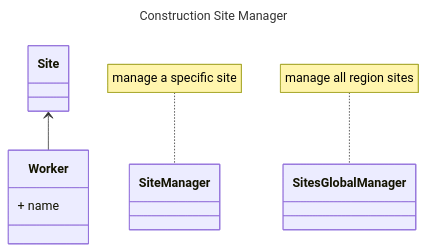
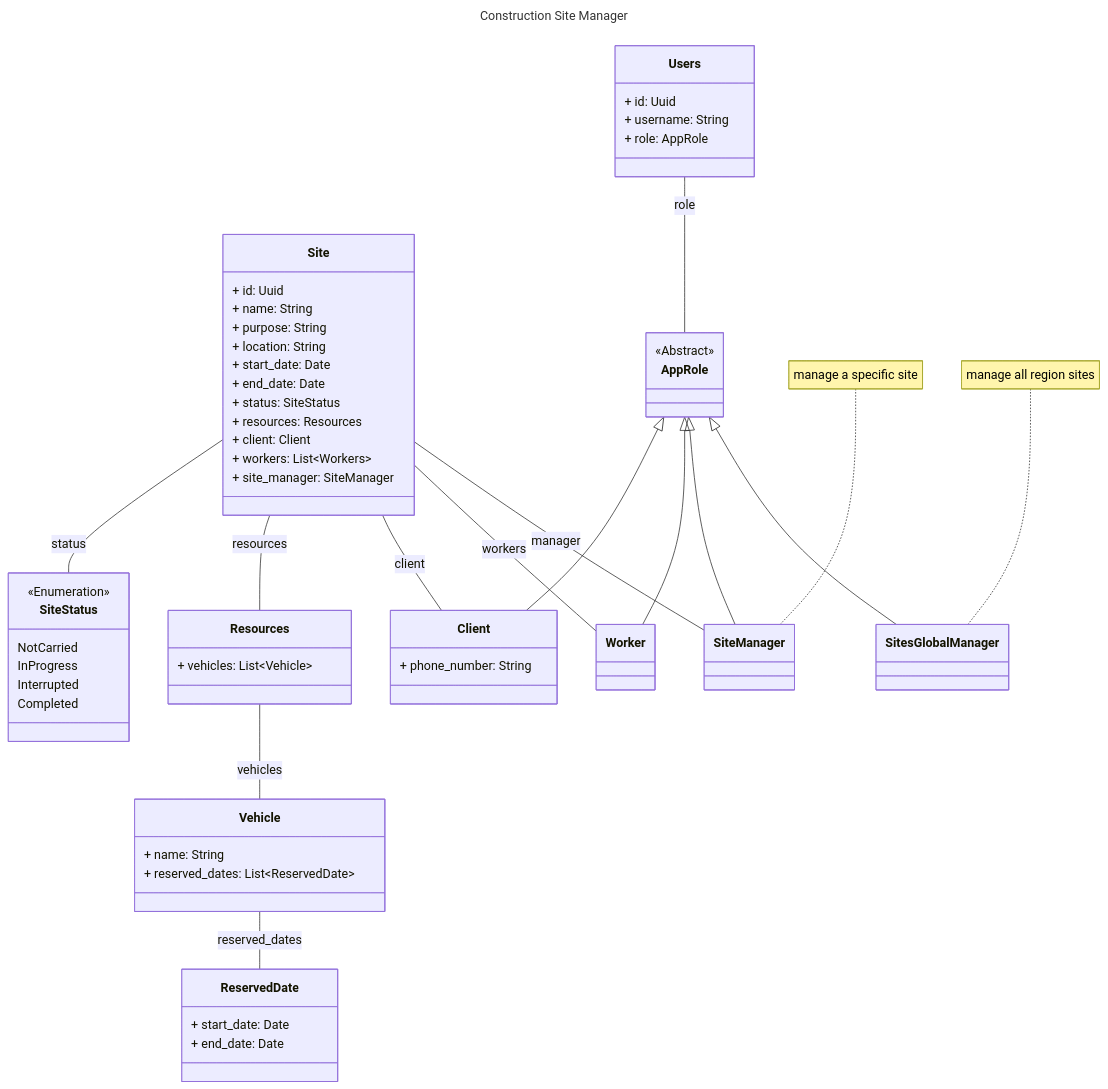
Before and after one commit to Wabtey/mmm_construction_site_manager_back: the diagram in README.md, drawn with Mermaid. The commit also changed other lines of this file and 14 other files, not shown here.

````diff
--- a/README.md
+++ b/README.md
@@ -19,17 +53,84 @@
 ---
 classDiagram
     class Site {
+        + id: Uuid
+        + name: String
+        + purpose: String
+        + location: String
+        + start_date: Date
+        + end_date: Date
+        + status: SiteStatus
+        + resources: Resources
+        + client: Client
+        + workers: List~Workers~
+        + site_manager: SiteManager
     }
     
-    Site <-- Worker
+    Site -- SiteStatus : status
+    Site -- Resources : resources
+    Site -- Client : client
+    Site -- Worker : workers
+    Site -- SiteManager : manager
+
+    %% --------------------------- Site Attributes --------------------------- %%
+
+    class SiteStatus {
+        <<Enumeration>>
+        NotCarried
+        InProgress
+        Interrupted
+        Completed
+    }
+
+    class Resources {
+        + vehicles: List~Vehicle~
+    }
+
+    Resources -- Vehicle : vehicles
+
+    class Vehicle {
+        + name: String
+        + reserved_dates: List~ReservedDate~
+    }
+
+    class ReservedDate {
+        + start_date: Date
+        + end_date: Date
+    }
+    
+    Vehicle -- ReservedDate : reserved_dates
+
+    %% -------------------------------- Roles -------------------------------- %%
+
+    class AppRole {
+        <<Abstract>>
+    }
+
+    class Users {
+        + id: Uuid
+        + username: String
+        + role: AppRole
+    }
+    
+    Users -- AppRole : role
+
+    class Client {
+        + phone_number: String
+    }
 
     class Worker {
-        + name
     }
+
     note for SiteManager "manage a specific site"
     class SiteManager {
     }
+
     note for SitesGlobalManager "manage all region sites"
     class SitesGlobalManager {
     }
+
+    AppRole <|-- Client
+    AppRole <|-- Worker
+    AppRole <|-- SiteManager
+    AppRole <|-- SitesGlobalManager
 ```
````
